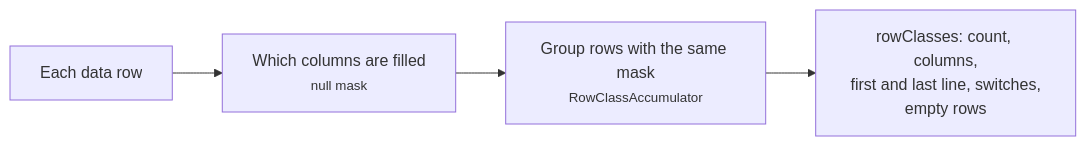
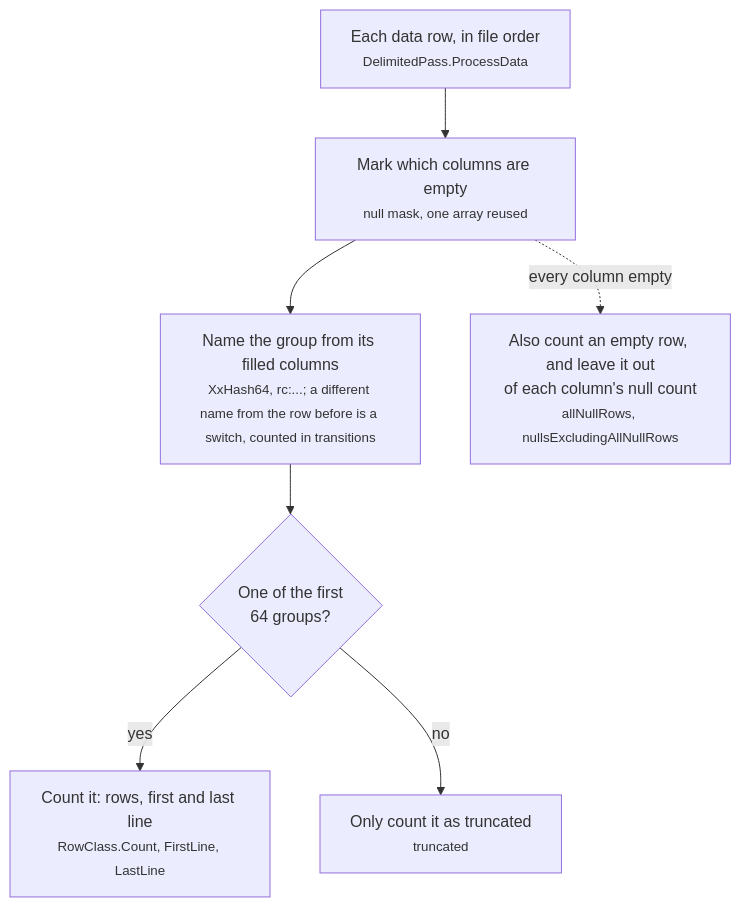
Before and after one commit to squalor-xyz/squalify: diagram 19 of 21 in docs/how-it-works.md, drawn with Mermaid. The commit also changed other lines of this file and 29 other files, not shown here.

Commit message:
sq-17: row classes

````diff
--- a/docs/how-it-works.md
+++ b/docs/how-it-works.md
@@ -311,6 +311,9 @@
 ```mermaid
-flowchart LR
-    R["Each data row"] --> M["Which columns are filled<br/><small>null mask</small>"]
-    M --> G["Group rows with the same mask<br/><small>RowClassAccumulator</small>"]
-    G --> O["rowClasses: count, columns,<br/>first and last line, switches,<br/>empty rows"]
+flowchart TD
+    R["Each data row, in file order<br/><small>DelimitedPass.ProcessData</small>"] --> M["Mark which columns are empty<br/><small>null mask, one array reused</small>"]
+    M --> N["Name the group from its filled columns<br/><small>XxHash64, rc:...; a different name from the row before is a switch, counted in transitions</small>"]
+    N --> K{"One of the first<br/>64 groups?"}
+    K -- "yes" --> C["Count it: rows, first and last line<br/><small>RowClass.Count, FirstLine, LastLine</small>"]
+    K -- "no" --> T["Only count it as truncated<br/><small>truncated</small>"]
+    M -. "every column empty" .-> E["Also count an empty row, and leave it out<br/>of each column's null count<br/><small>allNullRows, nullsExcludingAllNullRows</small>"]
 ```
````
